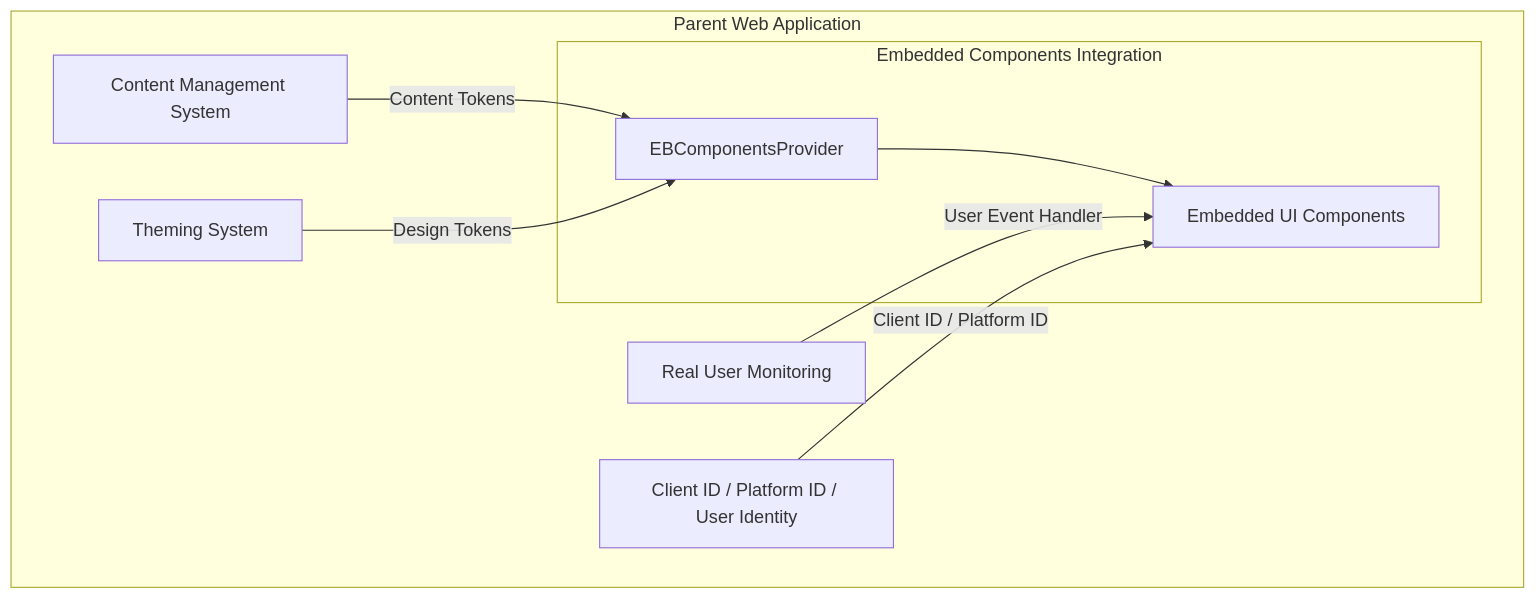
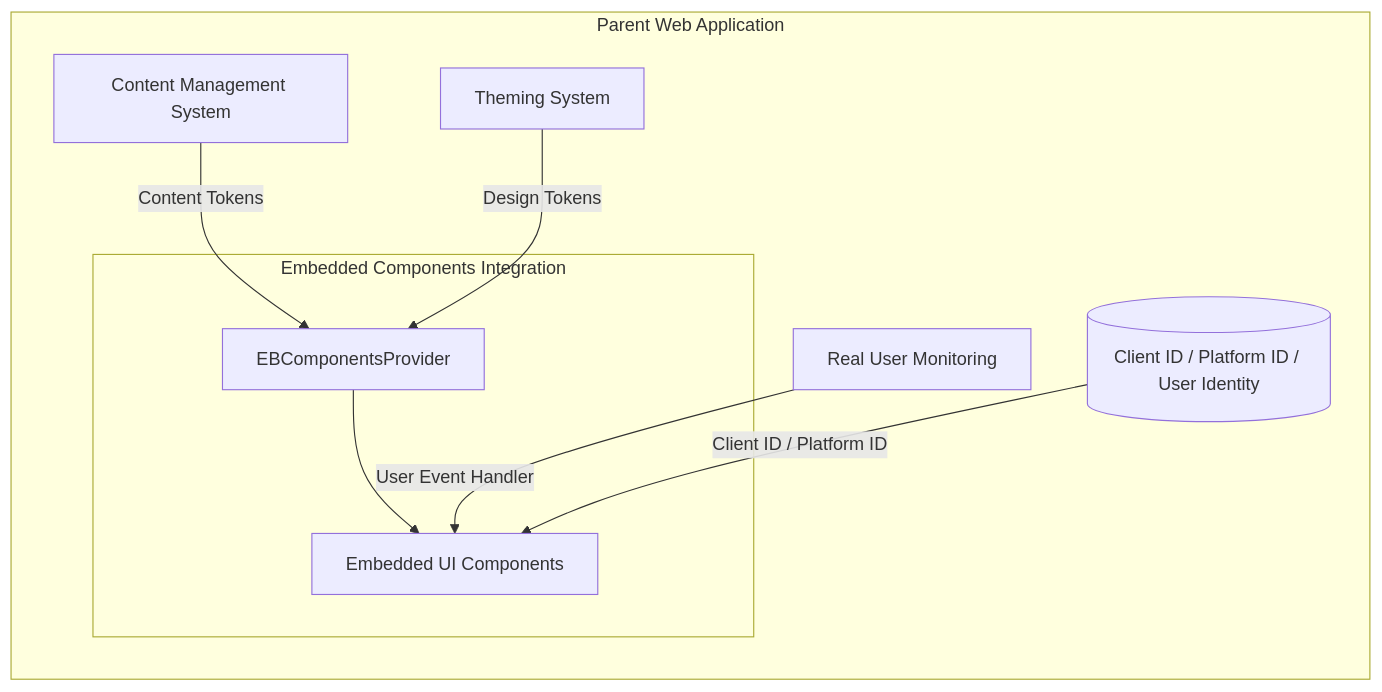
The first of 2 diagrams in embedded-components/README.md (jpmorgan-payments/embedded-finance), drawn with Mermaid before and after one commit.

Commit message:
docs: update README to correct diagram orientation and improve clarity

````diff
--- a/embedded-components/README.md
+++ b/embedded-components/README.md
@@ -27,21 +27,21 @@
 ```mermaid
-graph TB
+graph LR
     subgraph "Parent Web Application"
         CMS["Content Management System"]
         Theme["Theming System"]
         RUM["Real User Monitoring"]
-        Storage["Client ID / Platform ID / User Identity"]
+        Storage[("Client ID / Platform ID / User Identity")]
 
         subgraph "Embedded Components Integration"
             Provider["EBComponentsProvider"]
             Components["Embedded UI Components"]
 
             Provider --> Components
         end
 
         CMS -->|"Content Tokens"| Provider
         Theme -->|"Design Tokens"| Provider
         RUM -->|"User Event Handler"| Components
         Storage -->|"Client ID / Platform ID"| Components
     end
 ```
````
